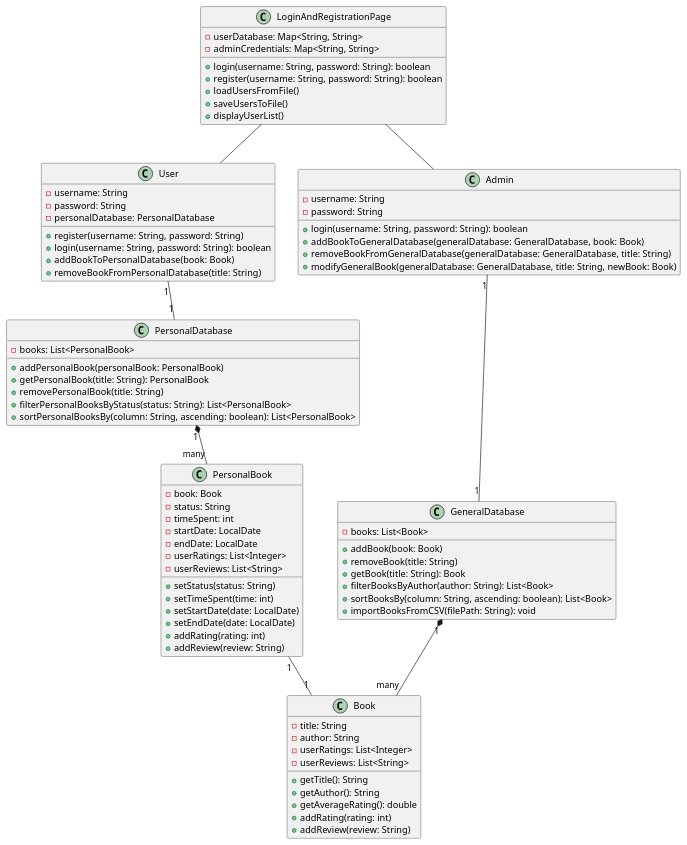
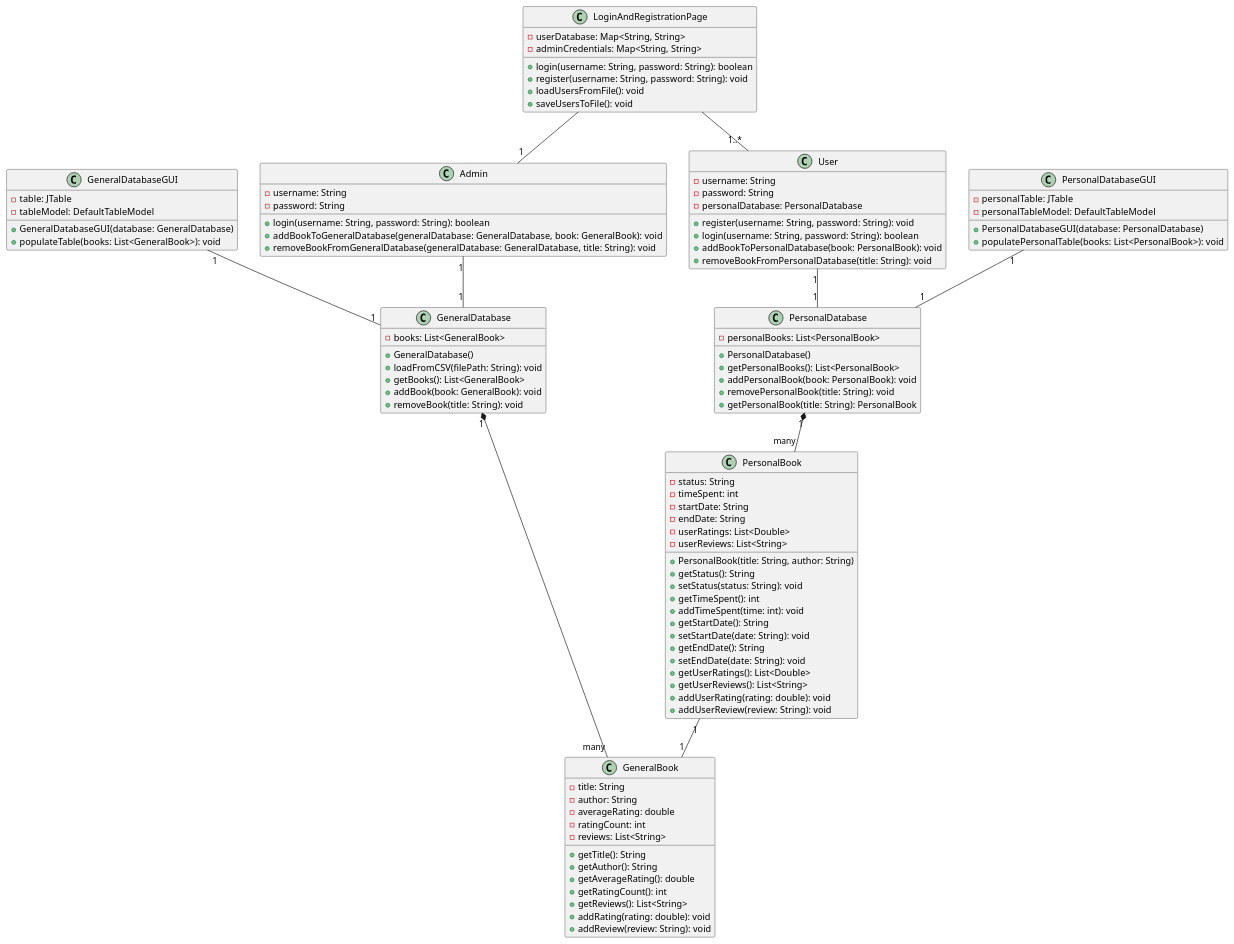
One commit to RamilZohrabli/Library-Management-System changed the diagram in UMLDiagram.puml. Above: the diagram before and after it, drawn with PlantUML.

Commit message:
Modified UML Diagram

```diff
--- a/UMLDiagram.puml
+++ b/UMLDiagram.puml
@@ -1,87 +1,107 @@
 @startuml Book Management Application
-
-class Book {
+class GeneralBook {
   - title: String
   - author: String
-  - userRatings: List<Integer>
-  - userReviews: List<String>
+  - averageRating: double
+  - ratingCount: int
+  - reviews: List<String>
   + getTitle(): String
   + getAuthor(): String
   + getAverageRating(): double
-  + addRating(rating: int)
-  + addReview(review: String)
+  + getRatingCount(): int
+  + getReviews(): List<String>
+  + addRating(rating: double): void
+  + addReview(review: String): void
 }
 
 class GeneralDatabase {
-  - books: List<Book>
-  + addBook(book: Book)
-  + removeBook(title: String)
-  + getBook(title: String): Book
-  + filterBooksByAuthor(author: String): List<Book>
-  + sortBooksBy(column: String, ascending: boolean): List<Book>
-  + importBooksFromCSV(filePath: String): void
+  - books: List<GeneralBook>
+  + GeneralDatabase()
+  + loadFromCSV(filePath: String): void
+  + getBooks(): List<GeneralBook>
+  + addBook(book: GeneralBook): void
+  + removeBook(title: String): void
+}
+
+class GeneralDatabaseGUI {
+  - table: JTable
+  - tableModel: DefaultTableModel
+  + GeneralDatabaseGUI(database: GeneralDatabase)
+  + populateTable(books: List<GeneralBook>): void
 }
 
 class PersonalBook {
-  - book: Book
   - status: String
   - timeSpent: int
-  - startDate: LocalDate
-  - endDate: LocalDate
-  - userRatings: List<Integer>
+  - startDate: String
+  - endDate: String
+  - userRatings: List<Double>
   - userReviews: List<String>
-  + setStatus(status: String)
-  + setTimeSpent(time: int)
-  + setStartDate(date: LocalDate)
-  + setEndDate(date: LocalDate)
-  + addRating(rating: int)
-  + addReview(review: String)
+  + PersonalBook(title: String, author: String)
+  + getStatus(): String
+  + setStatus(status: String): void
+  + getTimeSpent(): int
+  + addTimeSpent(time: int): void
+  + getStartDate(): String
+  + setStartDate(date: String): void
+  + getEndDate(): String
+  + setEndDate(date: String): void
+  + getUserRatings(): List<Double>
+  + getUserReviews(): List<String>
+  + addUserRating(rating: double): void
+  + addUserReview(review: String): void
 }
 
 class PersonalDatabase {
-  - books: List<PersonalBook>
-  + addPersonalBook(personalBook: PersonalBook)
+  - personalBooks: List<PersonalBook>
+  + PersonalDatabase()
+  + getPersonalBooks(): List<PersonalBook>
+  + addPersonalBook(book: PersonalBook): void
+  + removePersonalBook(title: String): void
   + getPersonalBook(title: String): PersonalBook
-  + removePersonalBook(title: String)
-  + filterPersonalBooksByStatus(status: String): List<PersonalBook>
-  + sortPersonalBooksBy(column: String, ascending: boolean): List<PersonalBook>
+}
+
+class PersonalDatabaseGUI {
+  - personalTable: JTable
+  - personalTableModel: DefaultTableModel
+  + PersonalDatabaseGUI(database: PersonalDatabase)
+  + populatePersonalTable(books: List<PersonalBook>): void
 }
 
 class User {
   - username: String
   - password: String
   - personalDatabase: PersonalDatabase
-  + register(username: String, password: String)
+  + register(username: String, password: String): void
   + login(username: String, password: String): boolean
-  + addBookToPersonalDatabase(book: Book)
-  + removeBookFromPersonalDatabase(title: String)
+  + addBookToPersonalDatabase(book: PersonalBook): void
+  + removeBookFromPersonalDatabase(title: String): void
 }
 
 class Admin {
   - username: String
   - password: String
   + login(username: String, password: String): boolean
-  + addBookToGeneralDatabase(generalDatabase: GeneralDatabase, book: Book)
-  + removeBookFromGeneralDatabase(generalDatabase: GeneralDatabase, title: String)
-  + modifyGeneralBook(generalDatabase: GeneralDatabase, title: String, newBook: Book)
+  + addBookToGeneralDatabase(generalDatabase: GeneralDatabase, book: GeneralBook): void
+  + removeBookFromGeneralDatabase(generalDatabase: GeneralDatabase, title: String): void
 }
 
 class LoginAndRegistrationPage {
   - userDatabase: Map<String, String>
   - adminCredentials: Map<String, String>
   + login(username: String, password: String): boolean
-  + register(username: String, password: String): boolean
-  + loadUsersFromFile()
-  + saveUsersToFile()
-  + displayUserList()
+  + register(username: String, password: String): void
+  + loadUsersFromFile(): void
+  + saveUsersToFile(): void
 }
 
-GeneralDatabase "1" *-- "many" Book
+GeneralDatabase "1" *-- "many" GeneralBook
 PersonalDatabase "1" *-- "many" PersonalBook
-PersonalBook "1" -- "1" Book
+PersonalBook "1" -- "1" GeneralBook
 User "1" -- "1" PersonalDatabase
+GeneralDatabaseGUI "1" -- "1" GeneralDatabase
+PersonalDatabaseGUI "1" -- "1" PersonalDatabase
 Admin "1" -- "1" GeneralDatabase
-LoginAndRegistrationPage -- User
-LoginAndRegistrationPage -- Admin
-
+LoginAndRegistrationPage -- "1" Admin
+LoginAndRegistrationPage -- "1..*" User
 @enduml
```
